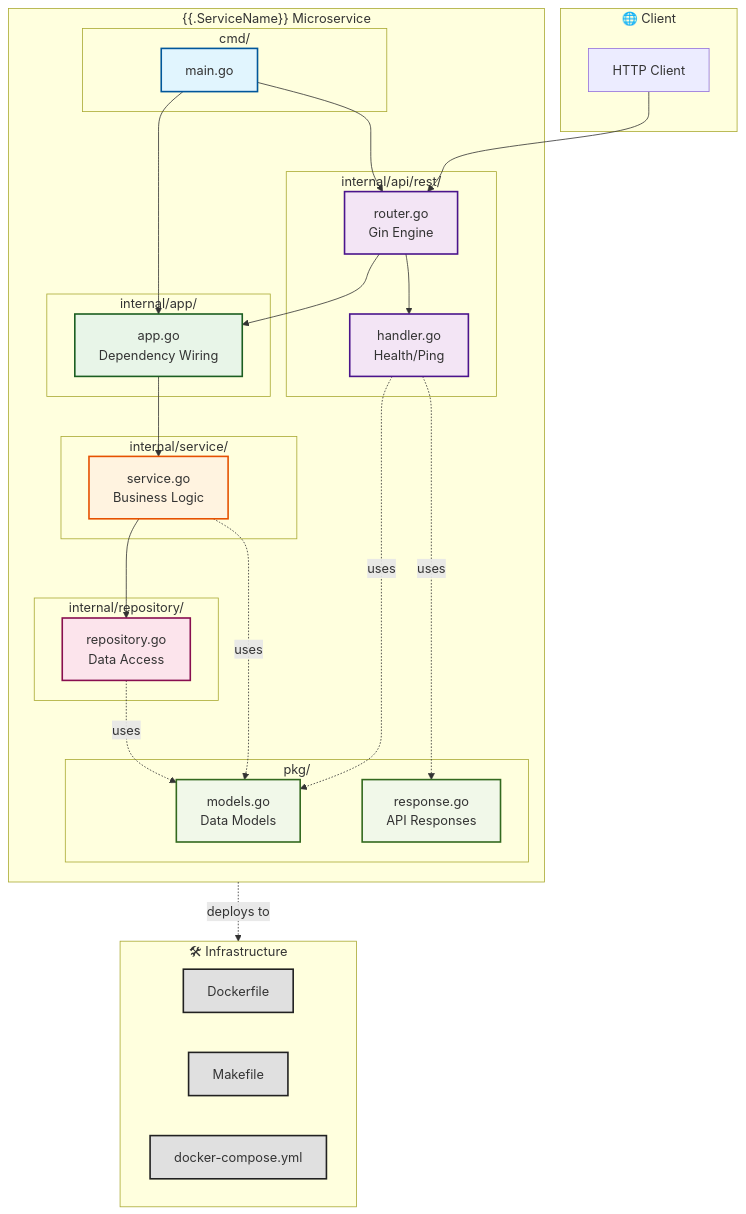
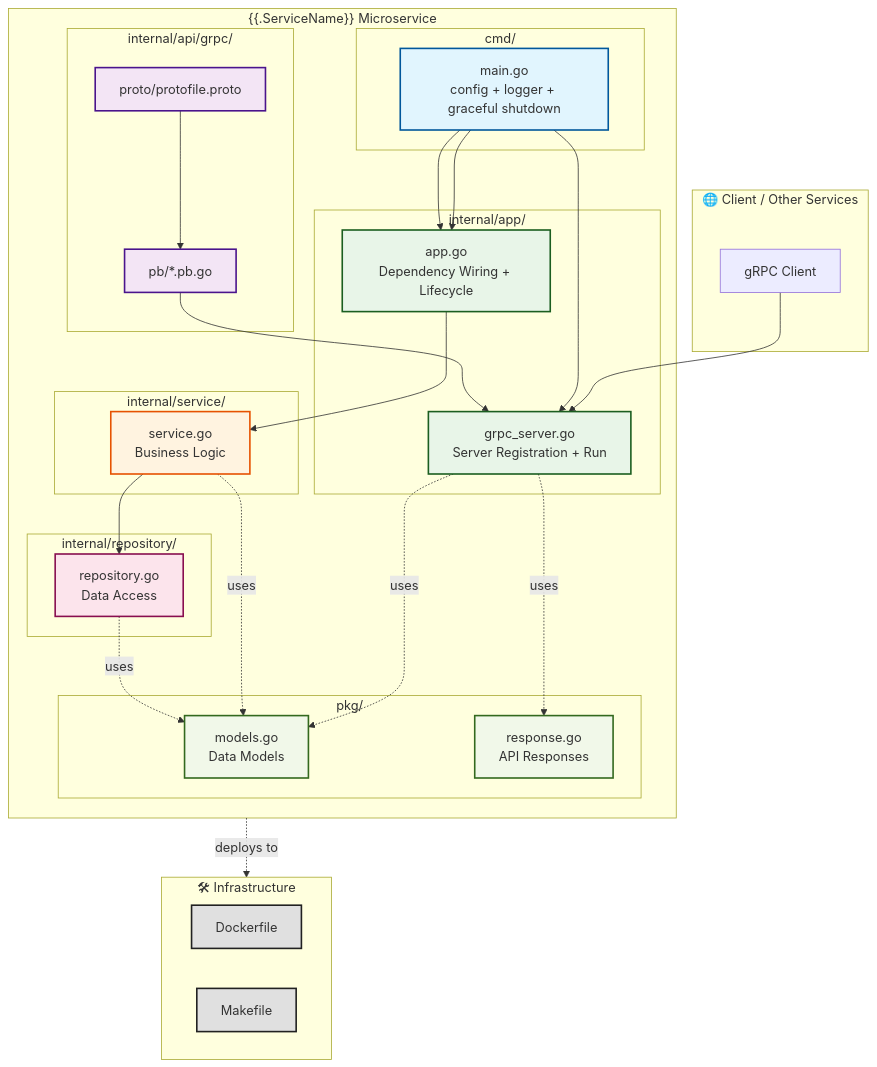
One commit to JoaoReis153/MrFood changed the diagram in template/microservice-template/architecture.md. Above: the diagram before and after it, drawn with Mermaid. The commit also changed 10 other files, not shown here.

````diff
--- a/template/microservice-template/architecture.md
+++ b/template/microservice-template/architecture.md
@@ -1,73 +1,74 @@
 ```mermaid
 flowchart TD
-subgraph Client["🌐 Client"]
-HTTP[HTTP Client]
+subgraph Client["🌐 Client / Other Services"]
+GRPCClient[gRPC Client]
 end
 
     subgraph Microservice["{{.ServiceName}} Microservice"]
         subgraph Entry["cmd/"]
-            Main[main.go]
+            Main[main.go<br/>config + logger + graceful shutdown]
         end
 
-        subgraph API["internal/api/rest/"]
-            Router[router.go<br/>Gin Engine]
-            Handler[handler.go<br/>Health/Ping]
+        subgraph API["internal/api/grpc/"]
+            Proto[proto/protofile.proto]
+            PB[pb/*.pb.go]
         end
 
         subgraph AppLayer["internal/app/"]
-            App[app.go<br/>Dependency Wiring]
+            App[app.go<br/>Dependency Wiring + Lifecycle]
+            GRPCServer[grpc_server.go<br/>Server Registration + Run]
         end
 
         subgraph BusinessLayer["internal/service/"]
             BizService[service.go<br/>Business Logic]
         end
 
         subgraph DataLayer["internal/repository/"]
             Repo[repository.go<br/>Data Access]
         end
 
         subgraph Shared["pkg/"]
             Models[models.go<br/>Data Models]
             Response[response.go<br/>API Responses]
         end
     end
 
     subgraph Infra["🛠 Infrastructure"]
         Docker[Dockerfile]
         Makefile[Makefile]
-        Compose[docker-compose.yml]
     end
 
-    %% Dependency Flow (Service-only pattern)
-    HTTP --> Router
-    Main --> Router
+    %% Dependency Flow (gRPC pattern)
+    GRPCClient --> GRPCServer
     Main --> App
-    Router --> Handler
-    Router --> App
+    Main --> GRPCServer
+    Proto --> PB
+    PB --> GRPCServer
+    Main --> App
     App --> BizService
     BizService --> Repo
-    Handler -.->|uses| Models
-    Handler -.->|uses| Response
+    GRPCServer -.->|uses| Models
     BizService -.->|uses| Models
     Repo -.->|uses| Models
+    GRPCServer -.->|uses| Response
 
     %% Infrastructure
     Microservice -.->|deploys to| Infra
 
     %% Styling
     classDef entry fill:#e1f5fe,stroke:#01579b,stroke-width:2px
     classDef api fill:#f3e5f5,stroke:#4a148c,stroke-width:2px
     classDef appLayer fill:#e8f5e8,stroke:#1b5e20,stroke-width:2px
     classDef businessLayer fill:#fff3e0,stroke:#e65100,stroke-width:2px
     classDef dataLayer fill:#fce4ec,stroke:#880e4f,stroke-width:2px
     classDef shared fill:#f1f8e9,stroke:#33691e,stroke-width:2px
     classDef infra fill:#e0e0e0,stroke:#212121,stroke-width:2px
 
     class Main entry
-    class Router,Handler api
-    class App appLayer
+    class Proto,PB api
+    class App,GRPCServer appLayer
     class BizService businessLayer
     class Repo dataLayer
     class Models,Response shared
-    class Docker,Makefile,Compose infra
+    class Docker,Makefile infra
 ```
````
